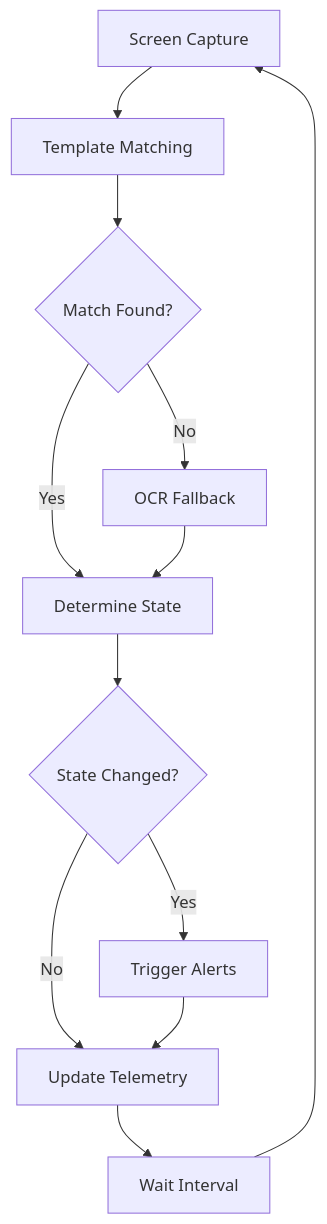
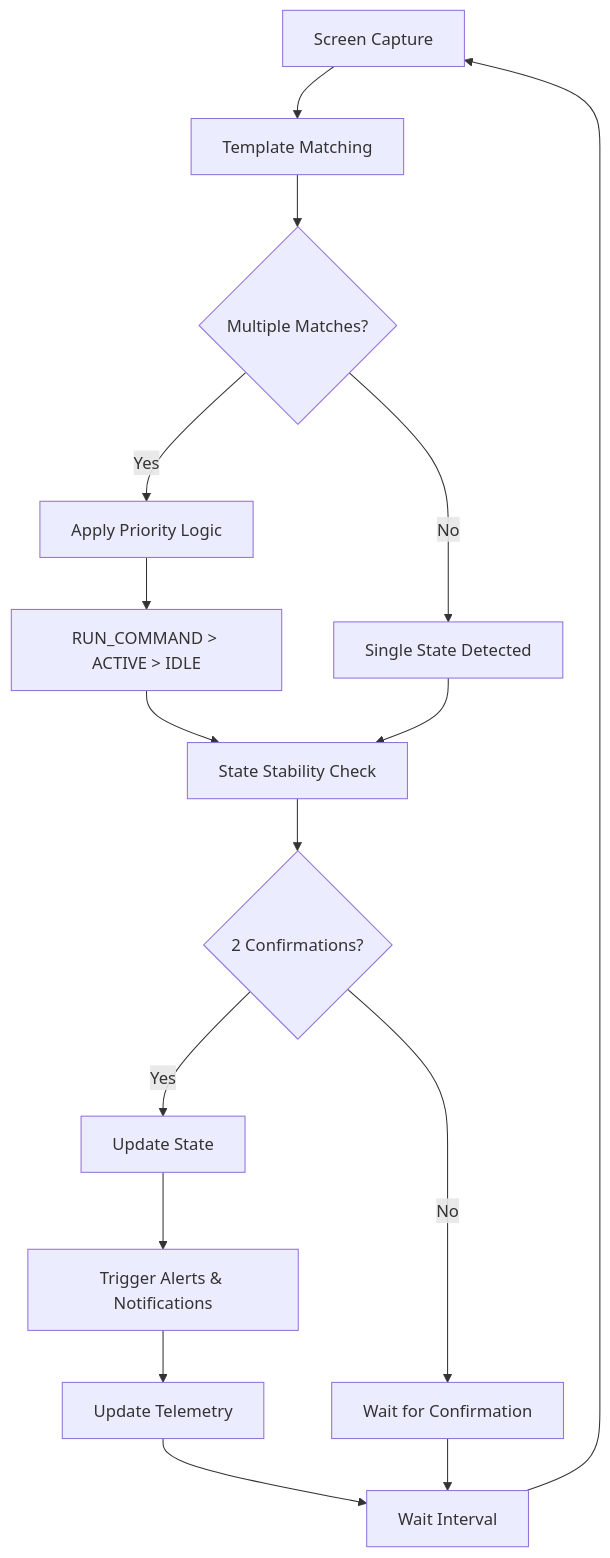
Before and after one commit to NeuralEmpowerment/cursor_agent_manager: the second of 2 diagrams in README.md, drawn with Mermaid. The commit also changed other lines of this file, not shown here.

````diff
--- a/README.md
+++ b/README.md
@@ -166,14 +260,18 @@
 ```mermaid
 flowchart TD
     A[Screen Capture] --> B[Template Matching]
-    B --> C{Match Found?}
-    C -->|Yes| D[Determine State]
-    C -->|No| E[OCR Fallback]
-    E --> D
-    D --> F{State Changed?}
-    F -->|Yes| G[Trigger Alerts]
-    F -->|No| H[Update Telemetry]
-    G --> H
-    H --> I[Wait Interval]
-    I --> A
+    B --> C{Multiple Matches?}
+    C -->|Yes| D[Apply Priority Logic]
+    C -->|No| E[Single State Detected]
+    D --> F[RUN_COMMAND > ACTIVE > IDLE]
+    F --> G[State Stability Check]
+    E --> G
+    G --> H{2 Confirmations?}
+    H -->|Yes| I[Update State]
+    H -->|No| J[Wait for Confirmation]
+    I --> K[Trigger Alerts & Notifications]
+    K --> L[Update Telemetry]
+    L --> M[Wait Interval]
+    J --> M
+    M --> A
 ```
````
